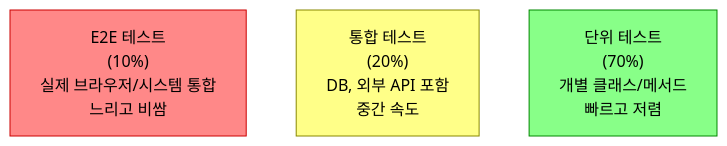
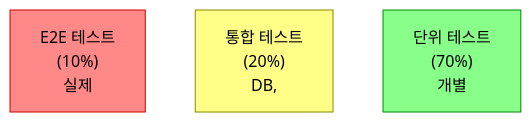
Before and after one commit to yjkim2015/yjkim2015.github.io: the second of 2 diagrams in _posts/test/2026-05-02-tdd-guide.md, drawn with Mermaid (forest theme). The commit also changed other lines of this file and 271 other files, not shown here.

First line of the commit message:
Mermaid 라벨 축소: 긴 노드 텍스트 18자 이하로 트림 + \n 제거

````diff
--- a/_posts/test/2026-05-02-tdd-guide.md
+++ b/_posts/test/2026-05-02-tdd-guide.md
@@ -201,9 +201,9 @@
 ```mermaid
 graph TD
-    E2E["E2E 테스트\n(10%)\n실제 브라우저/시스템 통합\n느리고 비쌈"]
-    Integration["통합 테스트\n(20%)\nDB, 외부 API 포함\n중간 속도"]
-    Unit["단위 테스트\n(70%)\n개별 클래스/메서드\n빠르고 저렴"]
+    E2E["E2E 테스트\n(10%)\n실제"]
+    Integration["통합 테스트\n(20%)\nDB,"]
+    Unit["단위 테스트\n(70%)\n개별"]
     style E2E fill:#f88,stroke:#c00,color:#000
     style Integration fill:#ff8,stroke:#880,color:#000
     style Unit fill:#8f8,stroke:#080,color:#000
 ```
````
